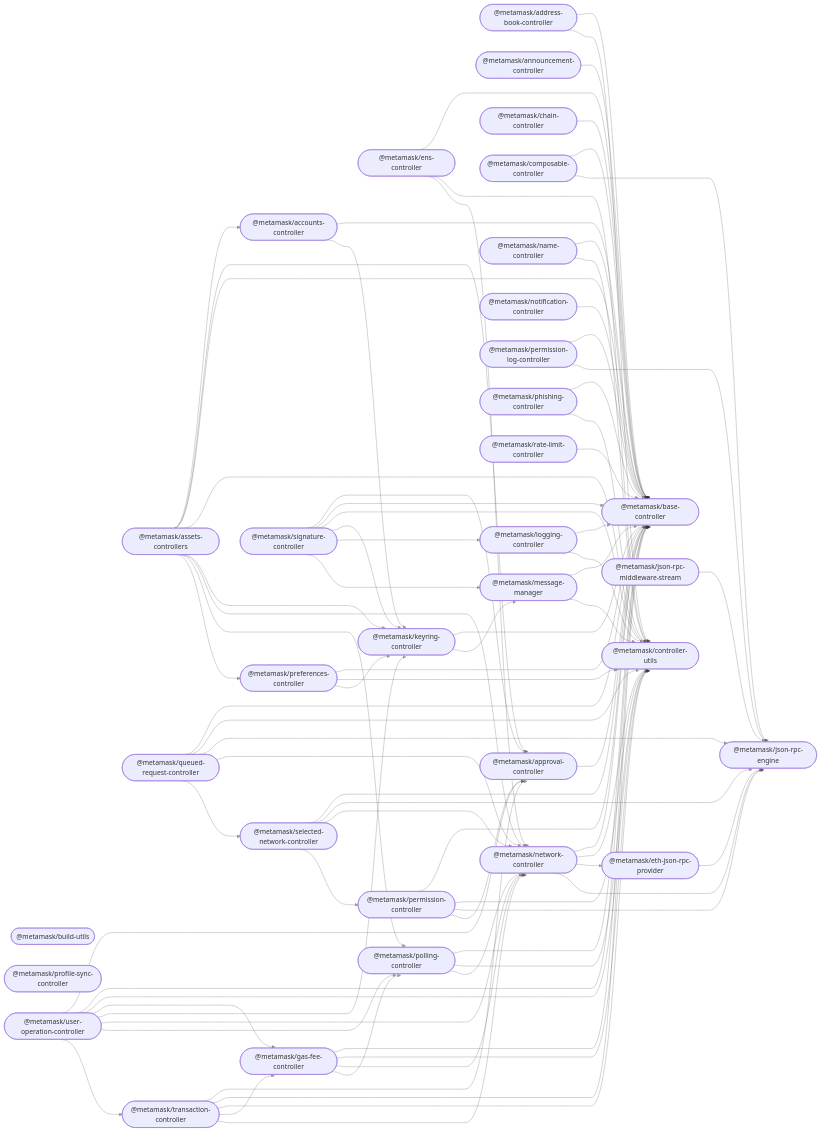
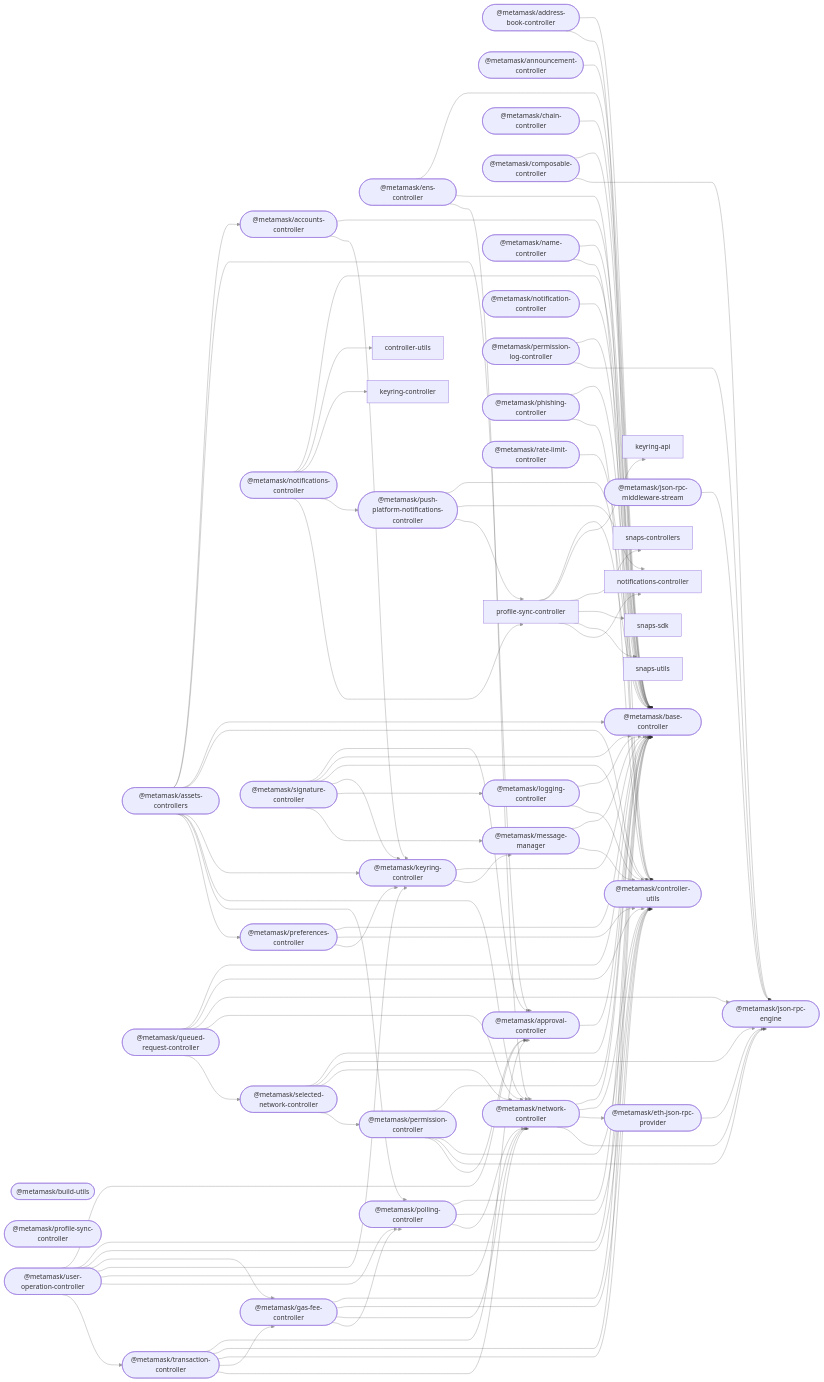
Before and after one commit to MetaMask/core: the diagram in README.md, drawn with Mermaid. The commit also changed other lines of this file and 3 other files, not shown here.

```diff
--- a/README.md
+++ b/README.md
@@ -73,10 +75,12 @@
   name_controller(["@metamask/name-controller"]);
   network_controller(["@metamask/network-controller"]);
   notification_controller(["@metamask/notification-controller"]);
+  notifications_controller(["@metamask/notifications-controller"]);
   permission_controller(["@metamask/permission-controller"]);
   permission_log_controller(["@metamask/permission-log-controller"]);
   phishing_controller(["@metamask/phishing-controller"]);
   polling_controller(["@metamask/polling-controller"]);
+  push-platform-notifications-controller(["@metamask/push-platform-notifications-controller"]);
   preferences_controller(["@metamask/preferences-controller"]);
   profile_sync_controller(["@metamask/profile-sync-controller"]);
   queued_request_controller(["@metamask/queued-request-controller"]);
@@ -124,6 +128,11 @@
   network_controller --> eth_json_rpc_provider;
   network_controller --> json_rpc_engine;
   notification_controller --> base_controller;
+  notifications_controller --> base_controller;
+  notifications_controller --> controller-utils;
+  notifications_controller --> keyring-controller;
+  notifications_controller --> push-platform-notifications-controller;
+  notifications_controller --> profile-sync-controller;
   permission_controller --> base_controller;
   permission_controller --> controller_utils;
   permission_controller --> json_rpc_engine;
@@ -138,6 +147,15 @@
   preferences_controller --> base_controller;
   preferences_controller --> controller_utils;
   preferences_controller --> keyring_controller;
+  profile-sync-controller --> base_controller;
+  profile-sync-controller --> keyring-api;
+  profile-sync-controller --> snaps-controllers;
+  profile-sync-controller --> snaps-sdk;
+  profile-sync-controller --> snaps-utils;
+  profile-sync-controller --> notifications-controller;
+  push-platform-notifications-controller --> base_controller;
+  push-platform-notifications-controller --> notifications-controller;
+  push-platform-notifications-controller --> profile-sync-controller;
   queued_request_controller --> base_controller;
   queued_request_controller --> controller_utils;
   queued_request_controller --> json_rpc_engine;
```
